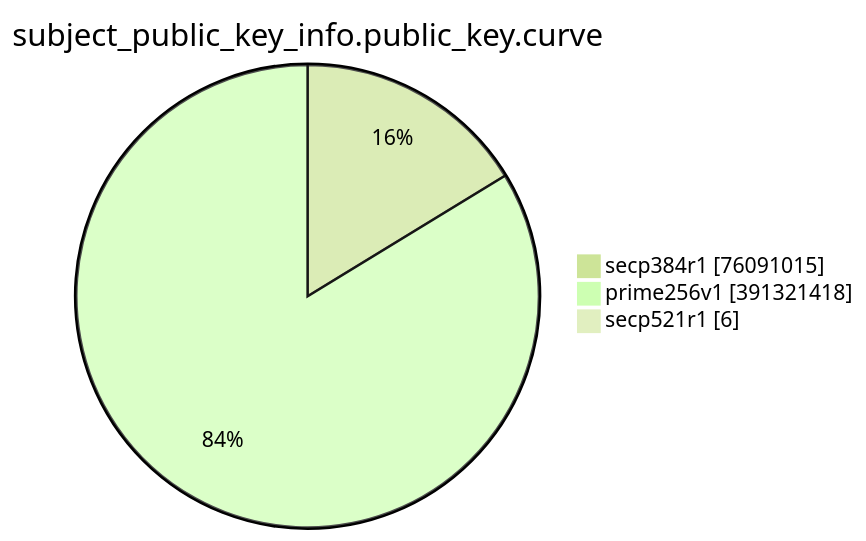
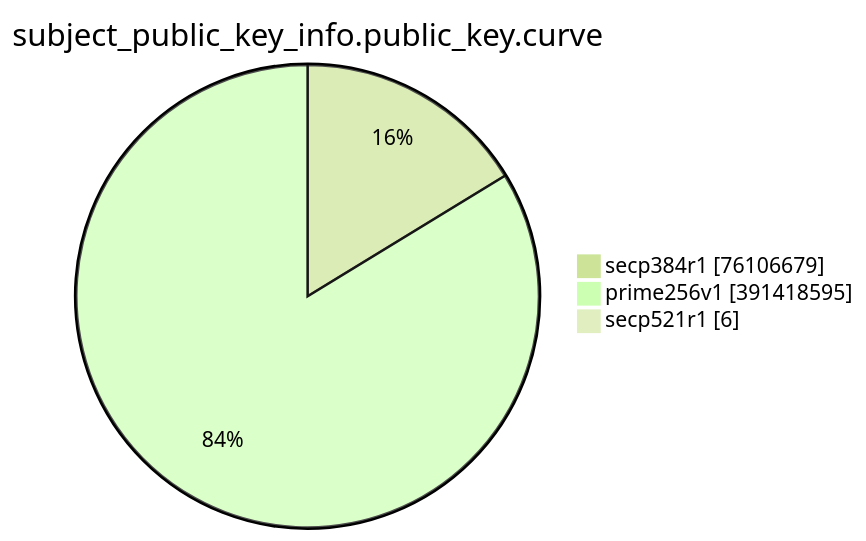
Before and after one commit to christiankrug/ctmonitor_visualization: the eighth of 15 diagrams in TOTAL/README.md, drawn with Mermaid (forest theme). The commit also changed other lines of this file, not shown here.

````diff
--- a/TOTAL/README.md
+++ b/TOTAL/README.md
@@ -3094,7 +3094,7 @@
 ```mermaid
 pie showData
 title subject_public_key_info.public_key.curve
-"secp384r1" :76091015
-"prime256v1" :391321418
+"secp384r1" :76106679
+"prime256v1" :391418595
 "secp521r1" :6
 ```
````
